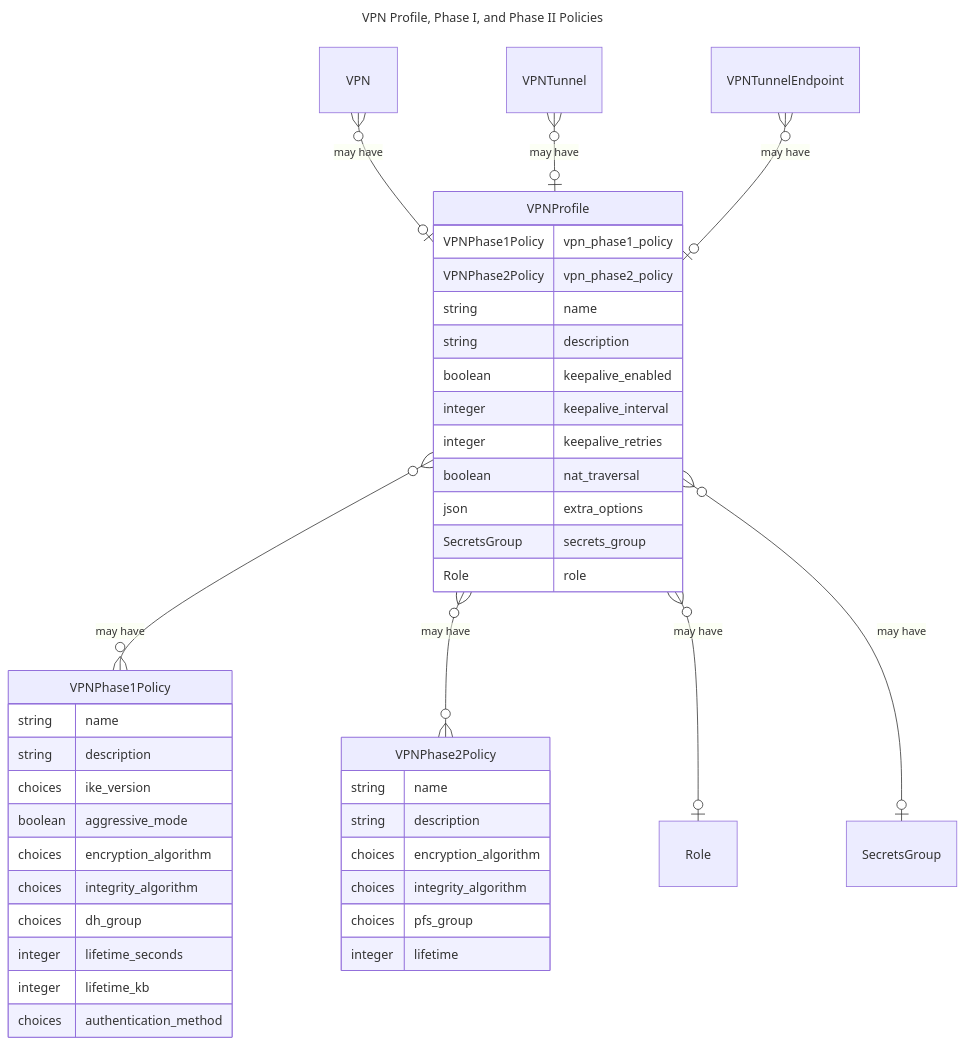
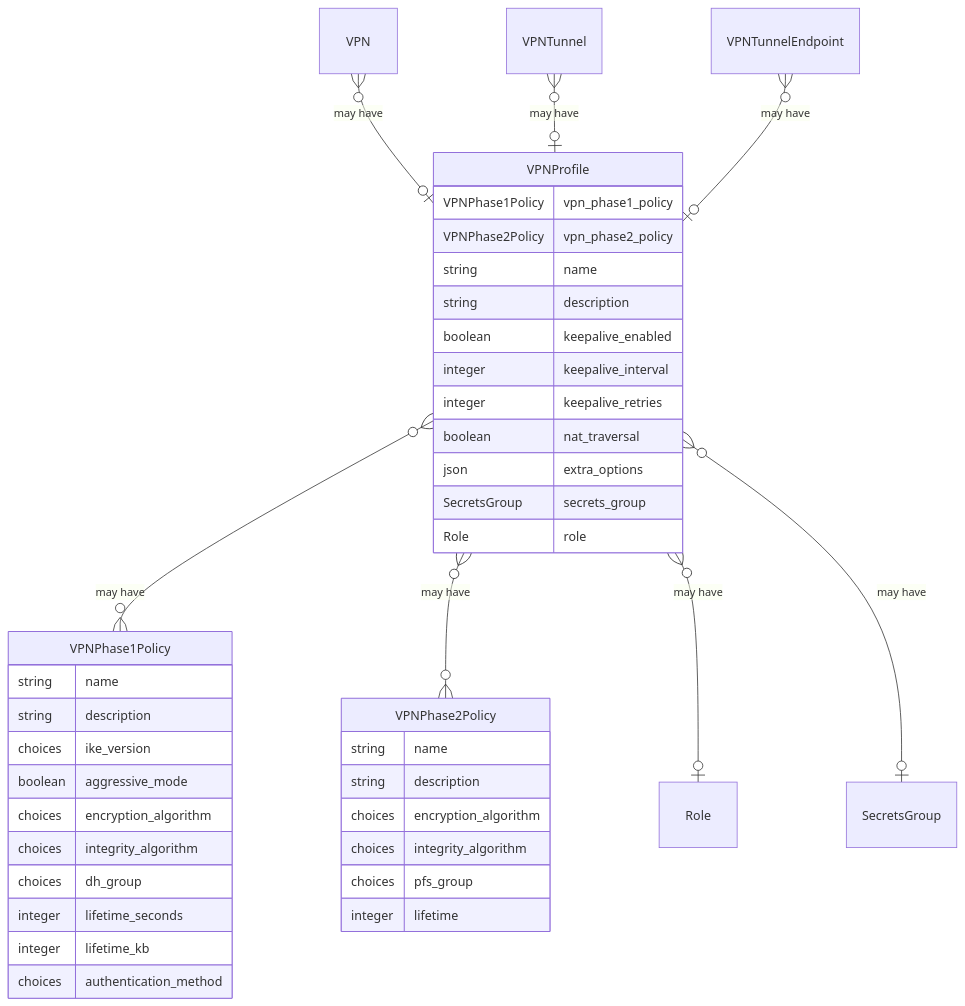
One commit to nautobot/nautobot changed the second of 11 diagrams in nautobot/docs/user-guide/core-data-model/vpn/index.md. Above: the diagram before and after it, drawn with Mermaid. The commit also changed other lines of this file and 11 other files, not shown here.

````diff
--- a/nautobot/docs/user-guide/core-data-model/vpn/index.md
+++ b/nautobot/docs/user-guide/core-data-model/vpn/index.md
@@ -23,57 +56,53 @@
 ```mermaid
----
-title: VPN Profile, Phase I, and Phase II Policies
----
 erDiagram
     "extras.Role"[Role] {}
     "extras.SecretsGroup"[SecretsGroup] {}
     "nautobot_vpn_models.VPN"[VPN] {}
     "nautobot_vpn_models.VPNTunnel"[VPNTunnel] {}
     "nautobot_vpn_models.VPNTunnelEndpoint"[VPNTunnelEndpoint] {}
-
 
     "nautobot_vpn_models.VPNProfile"[VPNProfile] {
         VPNPhase1Policy vpn_phase1_policy
         VPNPhase2Policy vpn_phase2_policy
         string name
         string description
         boolean keepalive_enabled
         integer keepalive_interval
         integer keepalive_retries
         boolean nat_traversal
         json extra_options
         SecretsGroup secrets_group
         Role role
     }
 
     "nautobot_vpn_models.VPNPhase1Policy"[VPNPhase1Policy] {
         string name
         string description
         choices ike_version
         boolean aggressive_mode
         choices encryption_algorithm
         choices integrity_algorithm
         choices dh_group
         integer lifetime_seconds
         integer lifetime_kb
         choices authentication_method
     }
 
     "nautobot_vpn_models.VPNPhase2Policy"[VPNPhase2Policy] {
         string name
         string description
         choices encryption_algorithm
         choices integrity_algorithm
         choices pfs_group
         integer lifetime
     }
 
     "nautobot_vpn_models.VPNProfile" }o--o{ "nautobot_vpn_models.VPNPhase1Policy" : "may have"
     "nautobot_vpn_models.VPNProfile" }o--o{ "nautobot_vpn_models.VPNPhase2Policy" : "may have"
     "nautobot_vpn_models.VPNProfile" }o--o| "extras.Role" : "may have"
     "nautobot_vpn_models.VPNProfile" }o--o| "extras.SecretsGroup" : "may have"
 
     "nautobot_vpn_models.VPN" }o--o| "nautobot_vpn_models.VPNProfile" : "may have"
     "nautobot_vpn_models.VPNTunnel" }o--o| "nautobot_vpn_models.VPNProfile" : "may have"
     "nautobot_vpn_models.VPNTunnelEndpoint" }o--o| "nautobot_vpn_models.VPNProfile" : "may have"
 ```
````
